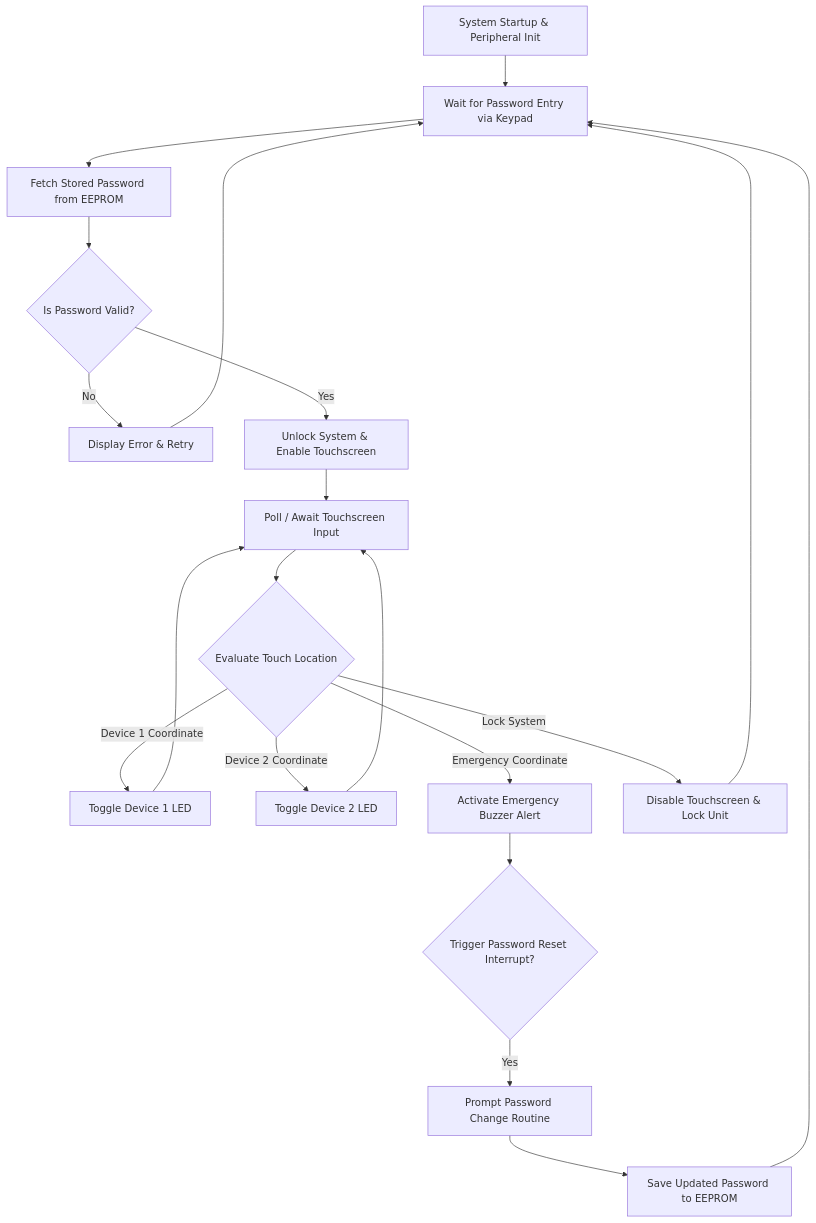
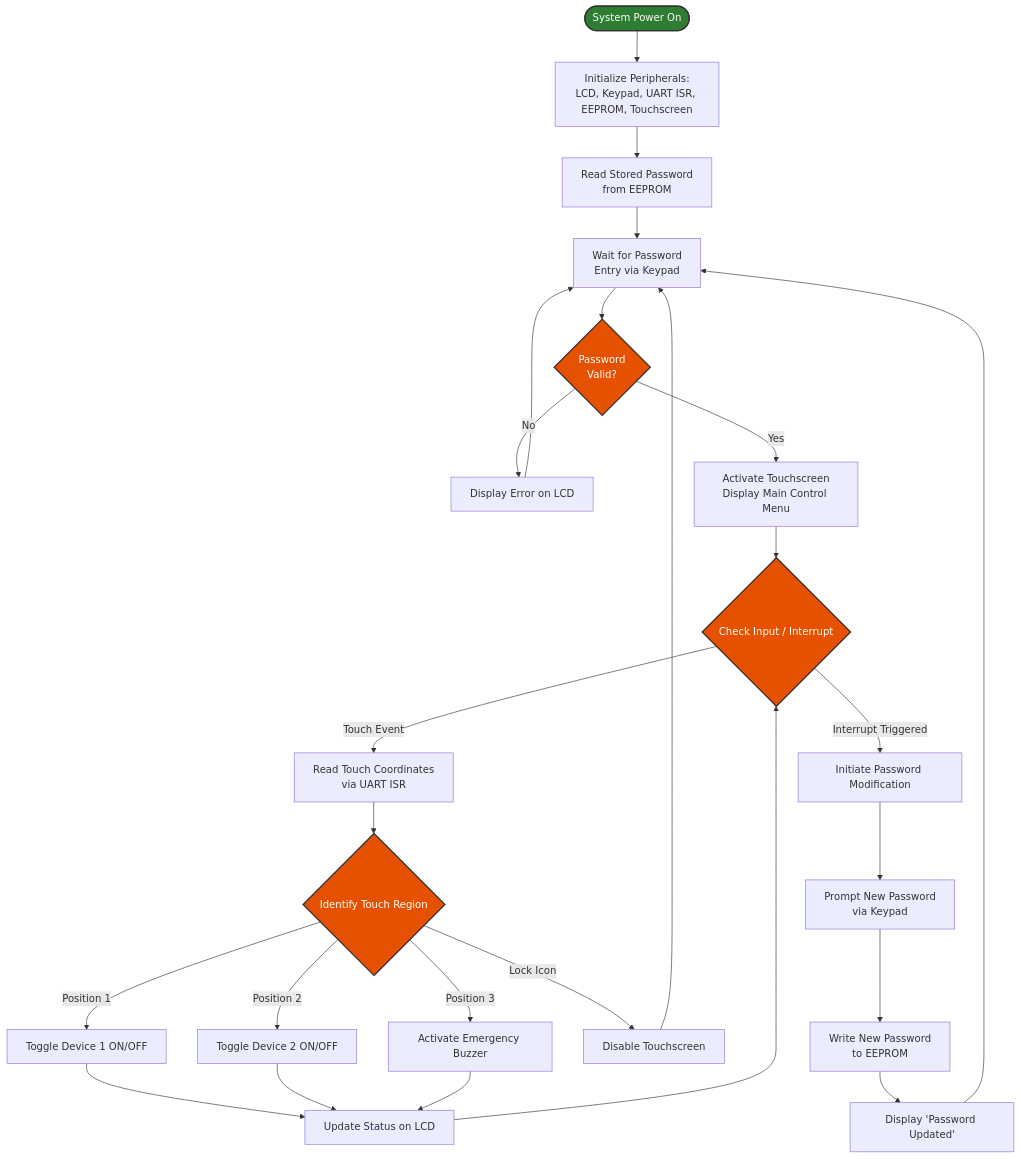
One commit to sahithi-codes/TOUCH-BASED-DEVICE-CONTROL-SYSTEM-FOR-BEDRIDDEN-PATIENTS changed the diagram in README.md. Above: the diagram before and after it, drawn with Mermaid.

Commit message:
Revise flowchart for system startup and password entry
Updated flowchart to include initialization and password entry processes.

````diff
--- a/README.md
+++ b/README.md
@@ -121,27 +121,45 @@
 ```mermaid
-flowchart TD
-    A[System Startup & Peripheral Init] --> B[Wait for Password Entry via Keypad]
-    B --> C[Fetch Stored Password from EEPROM]
-    C --> D{Is Password Valid?}
+    flowchart TD
+    Start([System Power On]) --> Init[Initialize Peripherals:<br/>LCD, Keypad, UART ISR, EEPROM, Touchscreen]
+    Init --> ReadEEPROM[Read Stored Password<br/>from EEPROM]
     
-    D -- No --> E[Display Error & Retry]
-    E --> B
+    %% PASSWORD ENTRY BLOCK
+    ReadEEPROM --> WaitPass[Wait for Password<br/>Entry via Keypad]
+    WaitPass --> CheckPass{Password<br/>Valid?}
     
-    D -- Yes --> F[Unlock System & Enable Touchscreen]
-    F --> G[Poll / Await Touchscreen Input]
+    CheckPass -- No --> WrongPass[Display Error on LCD]
+    WrongPass --> WaitPass
     
-    G --> H{Evaluate Touch Location}
-    H -- Device 1 Coordinate --> I[Toggle Device 1 LED]
-    H -- Device 2 Coordinate --> J[Toggle Device 2 LED]
-    H -- Emergency Coordinate --> K[Activate Emergency Buzzer Alert]
-    H -- Lock System --> L[Disable Touchscreen & Lock Unit]
+    CheckPass -- Yes --> Unlock[Activate Touchscreen<br/>Display Main Control Menu]
+
+    %% MAIN EVENT LOOP
+    Unlock --> CheckEvent{Check Input / Interrupt}
+
+    %% Branch 1: Device Control
+    CheckEvent -- Touch Event --> ReadPos[Read Touch Coordinates<br/>via UART ISR]
+    ReadPos --> PosType{Identify Touch Region}
     
-    K --> M{Trigger Password Reset Interrupt?}
-    M -- Yes --> N[Prompt Password Change Routine]
-    N --> O[Save Updated Password to EEPROM]
-    O --> B
+    PosType -- Position 1 --> ToggleD1[Toggle Device 1 ON/OFF]
+    PosType -- Position 2 --> ToggleD2[Toggle Device 2 ON/OFF]
+    PosType -- Position 3 --> Emergency[Activate Emergency Buzzer]
+    PosType -- Lock Icon --> LockSys[Disable Touchscreen]
     
-    I --> G
-    J --> G
-    L --> B
+    ToggleD1 --> UpdateLCD[Update Status on LCD]
+    ToggleD2 --> UpdateLCD
+    Emergency --> UpdateLCD
+    UpdateLCD --> CheckEvent
+
+    LockSys --> WaitPass
+
+    %% Branch 2: Password Change
+    CheckEvent -- Interrupt Triggered --> PassChange[Initiate Password Modification]
+    PassChange --> PromptNew[Prompt New Password<br/>via Keypad]
+    PromptNew --> SaveEEPROM[Write New Password<br/>to EEPROM]
+    SaveEEPROM --> UpdateLCD2[Display 'Password Updated']
+    UpdateLCD2 --> WaitPass
+
+    style Start fill:#2e7d32,stroke:#333,stroke-width:2px,color:#fff
+    style CheckPass fill:#e65100,stroke:#333,stroke-width:2px,color:#fff
+    style CheckEvent fill:#e65100,stroke:#333,stroke-width:2px,color:#fff
+    style PosType fill:#e65100,stroke:#333,stroke-width:2px,color:#fff
 ```
````
